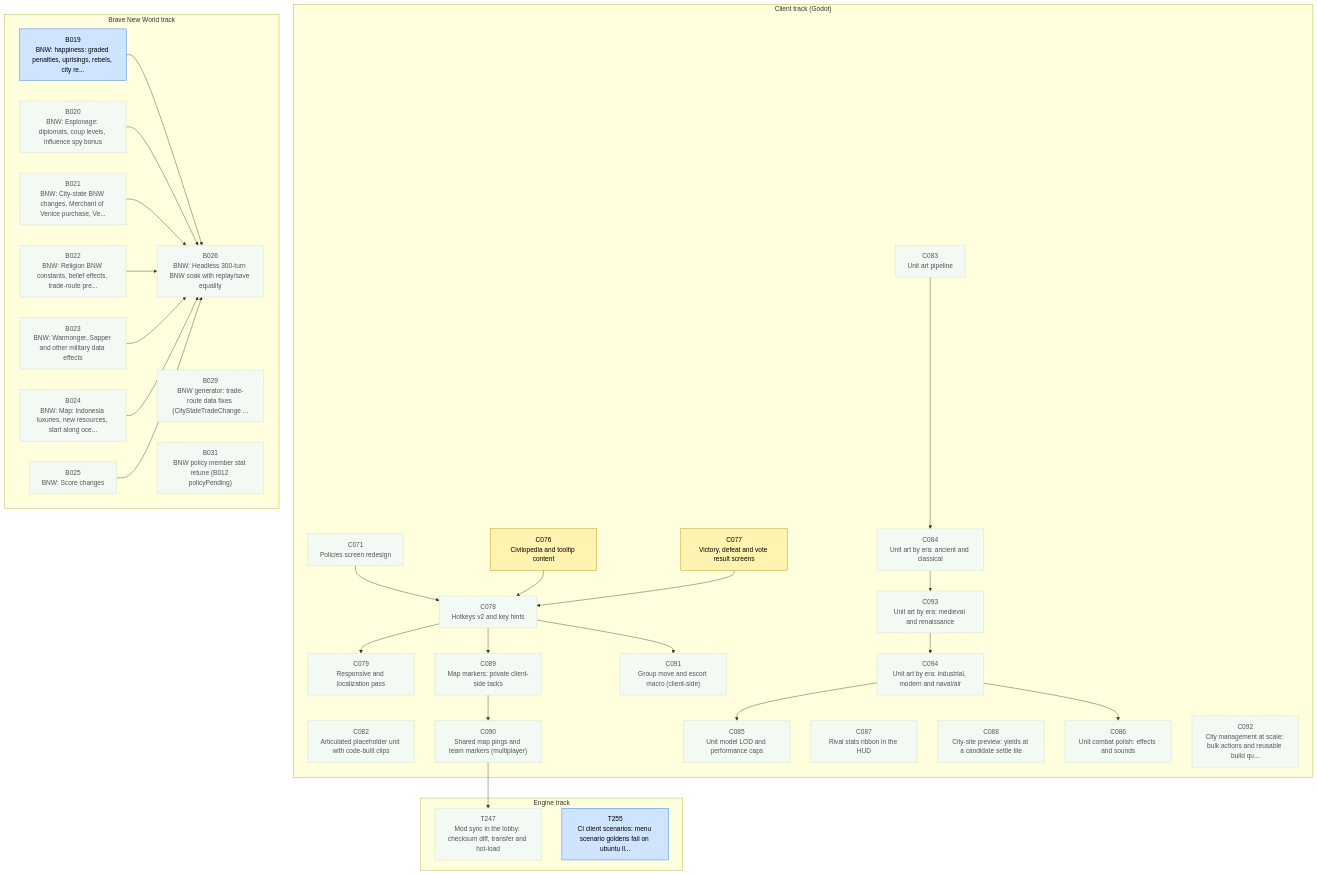
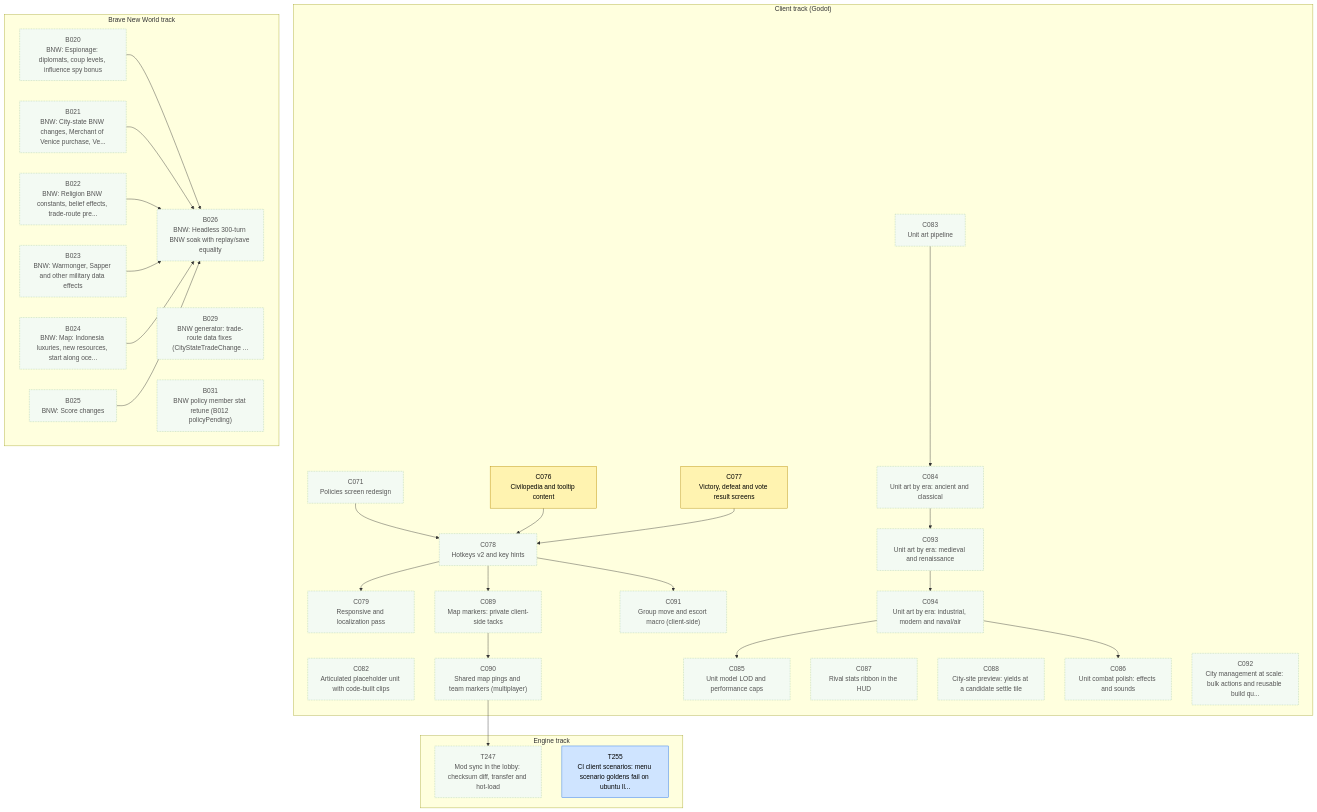
Before and after one commit to Kenmura/Unciv: the first of 3 diagrams in csharp/migration/DEPENDENCY_MAP.md, drawn with Mermaid. The commit also changed other lines of this file and 1 other file, not shown here.

Commit message:
migration: review B019 pass [Adversarial Review]

```diff
--- a/csharp/migration/DEPENDENCY_MAP.md
+++ b/csharp/migration/DEPENDENCY_MAP.md
@@ -49,7 +49,6 @@
     C094["C094<br/>Unit art by era: industrial, modern and naval/air"]
   end
   subgraph BTRACK["Brave New World track"]
-    B019["B019<br/>BNW: happiness: graded penalties, uprisings, rebels, city re..."]
     B020["B020<br/>BNW: Espionage: diplomats, coup levels, influence spy bonus"]
     B021["B021<br/>BNW: City-state BNW changes, Merchant of Venice purchase, Ve..."]
     B022["B022<br/>BNW: Religion BNW constants, belief effects, trade-route pre..."]
@@ -73,7 +72,6 @@
   C078 --> C091
   C084 --> C093
   C093 --> C094
-  B019 --> B026
   B020 --> B026
   B021 --> B026
   B022 --> B026
@@ -87,7 +85,6 @@
   classDef review fill:#cfe4ff,stroke:#1f6feb,color:#000
   classDef blocked fill:#ffd6d6,stroke:#c62828,color:#000
   classDef done fill:#eeeeee,stroke:#999999,color:#666,stroke-dasharray:4 3
-  class B019 review
   class B020 waiting
   class B021 waiting
   class B022 waiting
```
